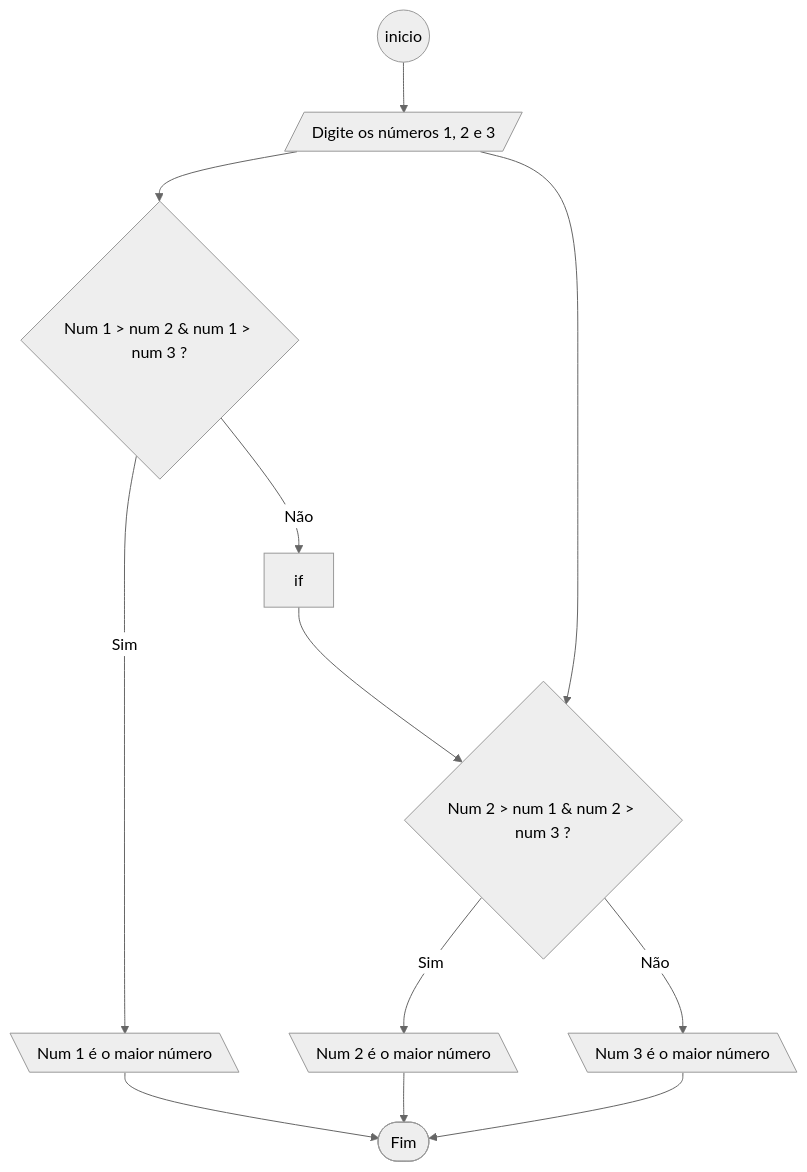
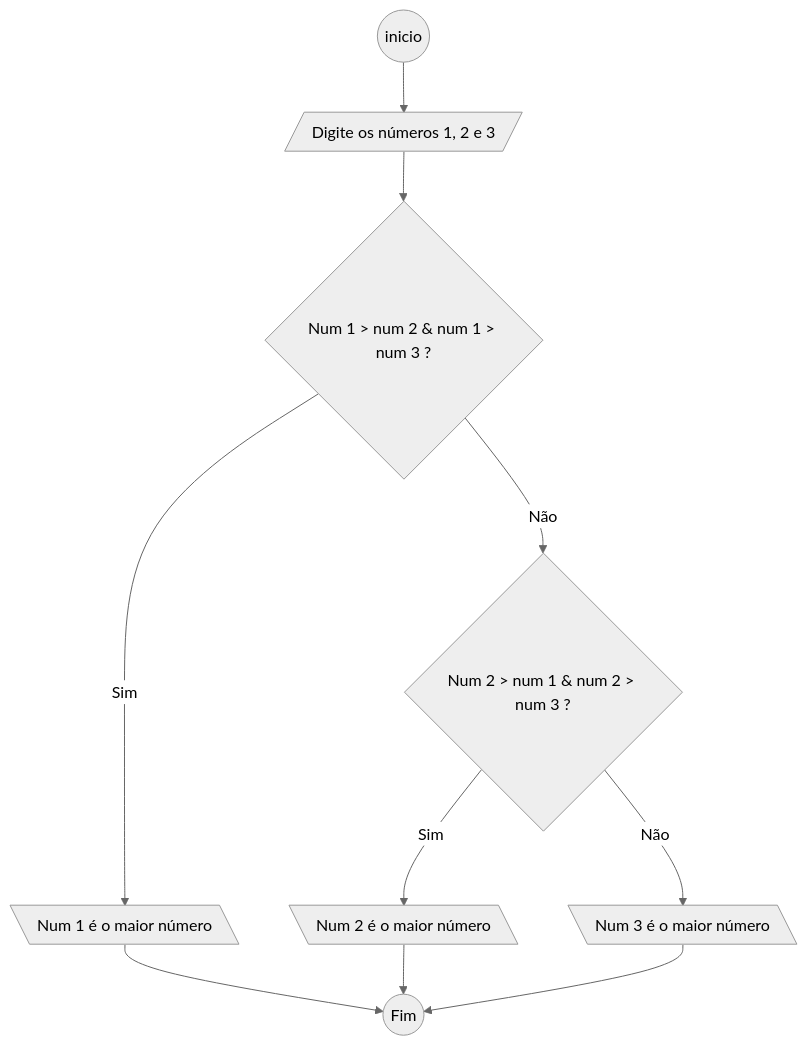
The diagram in CAINA/fluxograma/ativid7.md (nickddb/senai---atividades), drawn with Mermaid (neutral theme) before and after one commit. The commit also changed 8 other files, not shown here.

````diff
--- a/CAINA/fluxograma/ativid7.md
+++ b/CAINA/fluxograma/ativid7.md
@@ -1,16 +1,15 @@
 ```mermaid
     flowchart TD
     
     start((inicio)) --> input[/Digite os números 1, 2 e 3/]
-    input --> verification{Num 1 > num 2 & num 1 > num 3 ?}
-    input --> verification2{Num 2 > num 1 & num 2 > num 3 ?}
+    input --> verification{Num 1 > num 2 & num 1 > num 3 ?} 
 
     verification --> |Sim| U[\Num 1 é o maior número\]
-    verification --> |Não| if--> verification2{Num 2 > num 1 & num 2 > num 3 ?}
+    verification --> |Não| verification2{Num 2 > num 1 & num 2 > num 3 ?}
     verification2 --> |Sim| D[\Num 2 é o maior número\]
     verification2 --> |Não| T[\Num 3 é o maior número\]
     
-    U --> finish([Fim])
+    U --> finish(( Fim ))
     D --> finish 
     T --> finish
 ```
````
